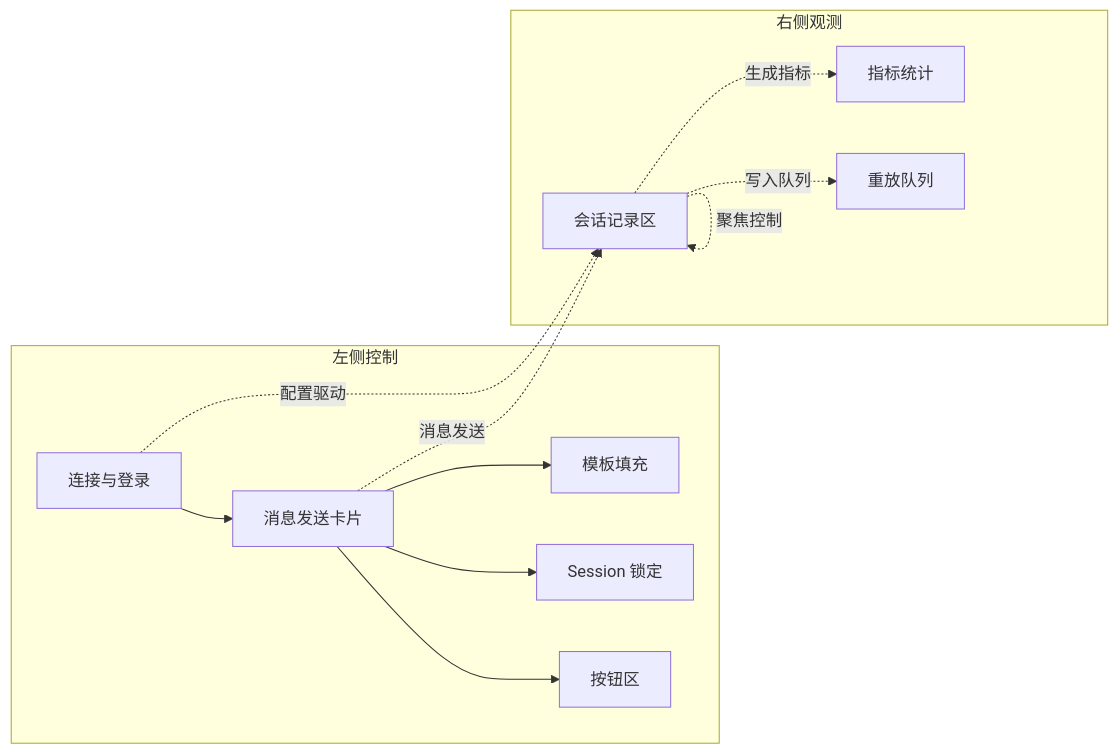
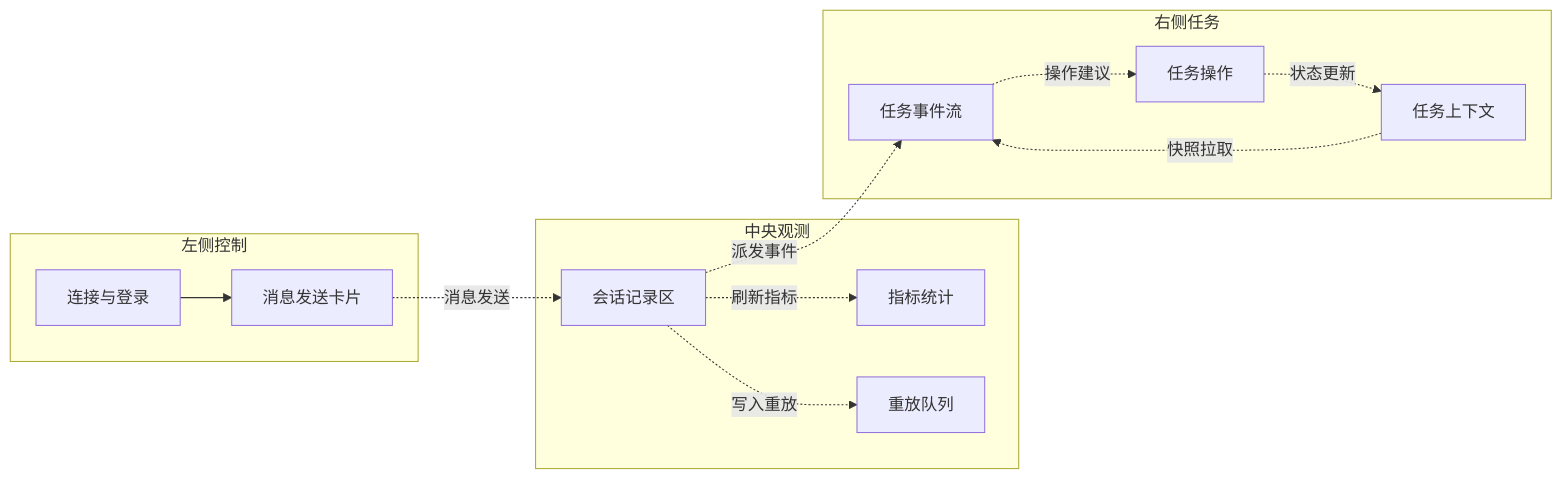
Before and after one commit to Cokefish9527/open-webui: the diagram in docs/410_websocket_test_page_manual.md, drawn with Mermaid. The commit also changed other lines of this file, not shown here.

Commit message:
docs(websocket): 更新调试页面文档新增任务调试说明
- 修正版本号至2025-10-27
- 新增任务调试面板功能介绍
- 调整布局示意图，新增任务调试相关节点和交互流程
- 描述事件流订阅、任务状态更新及周期调度操作
- 更新调试工具说明，增加任务调试相关功能点
- 明确任务调试标签页功能校验项
- 同步代码变更说明包括任务调试标签结构与事件分发逻辑

````diff
--- a/docs/410_websocket_test_page_manual.md
+++ b/docs/410_websocket_test_page_manual.md
@@ -16,19 +17,25 @@
 ```mermaid
 flowchart LR
   subgraph 左侧控制
-    A[连接与登录] --> B[消息发送卡片]
-    B --> B1[模板填充]
-    B --> B2[Session 锁定]
-    B --> B3[按钮区]
+    A[连接与登录]
+    B[消息发送卡片]
   end
-  subgraph 右侧观测
+  subgraph 中央观测
     C[会话记录区]
     D[指标统计]
     E[重放队列]
   end
-  A -.配置驱动.-> C
+  subgraph 右侧任务
+    F[任务上下文]
+    G[任务事件流]
+    H[任务操作]
+  end
+  A --> B
   B -.消息发送.-> C
-  C -.生成指标.-> D
-  C -.写入队列.-> E
-  C -.聚焦控制.-> C
+  C -.刷新指标.-> D
+  C -.写入重放.-> E
+  C -.派发事件.-> G
+  F -.快照拉取.-> G
+  G -.操作建议.-> H
+  H -.状态更新.-> F
 ```
````
